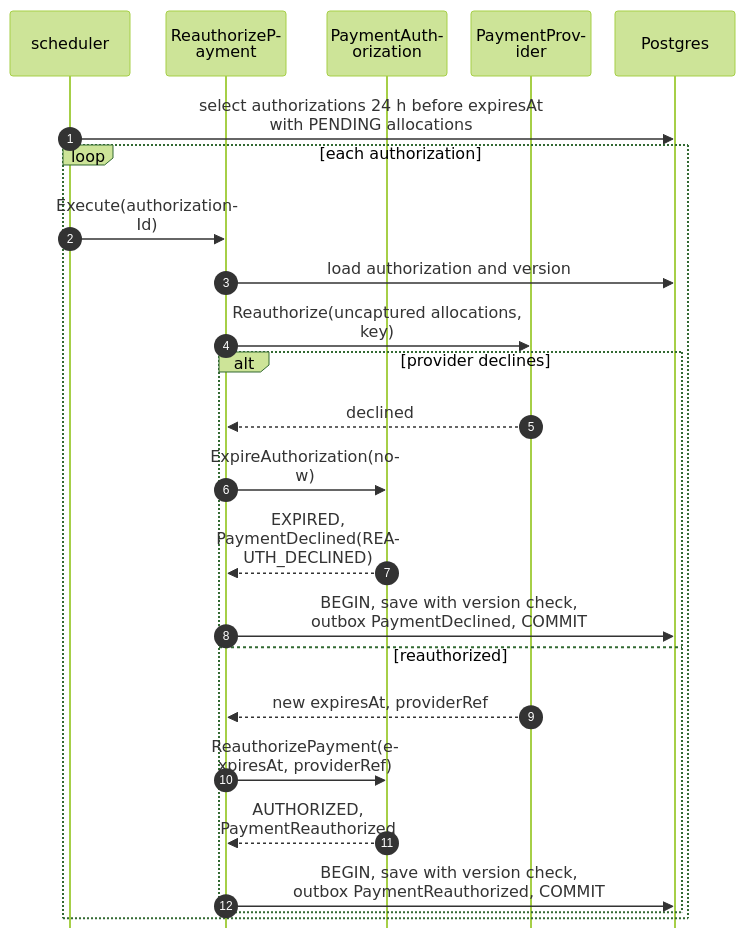
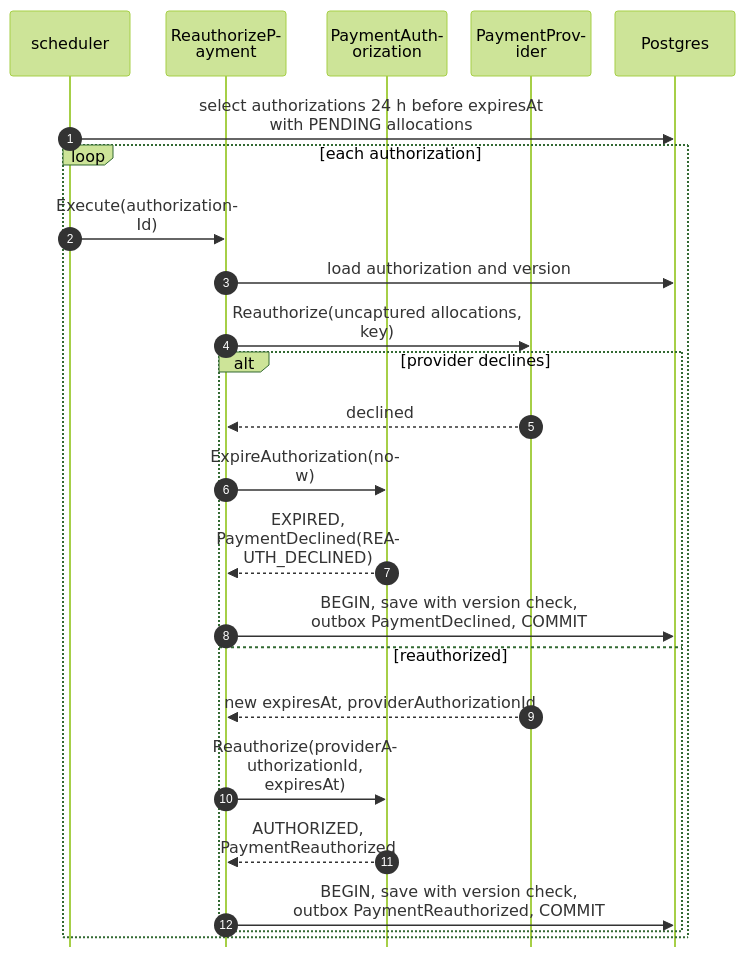
The seventh of 8 diagrams in storefront/docs/contexts/customer-payments/sequence-diagrams.md (IQVO/warehouse-docs), drawn with Mermaid (forest theme) before and after one commit. The commit also changed other lines of this file and 53 other files, not shown here.

Commit message:
docs(storefront): context packs as built - Service and operations on each index, event payloads/topics/dataschemas from develop, consumer-group env vars, Go packages, H8/H10 resolved; model+generator carry per-context analytics topic/dataschema

````diff
--- a/storefront/docs/contexts/customer-payments/sequence-diagrams.md
+++ b/storefront/docs/contexts/customer-payments/sequence-diagrams.md
@@ -347,27 +347,27 @@
 ```mermaid
 %%{init: {"sequence": {"wrap": true, "width": 120, "actorMargin": 24, "messageMargin": 28, "boxMargin": 6, "noteMargin": 6, "mirrorActors": false}}}%%
 sequenceDiagram
     autonumber
     participant S as scheduler
     participant UC as ReauthorizePayment
     participant A as PaymentAuthorization
     participant P as PaymentProvider
     participant DB as Postgres
     S->>DB: select authorizations 24 h before expiresAt<br/>with PENDING allocations
     loop each authorization
         S->>UC: Execute(authorizationId)
         UC->>DB: load authorization and version
         UC->>P: Reauthorize(uncaptured allocations, key)
         alt provider declines
             P-->>UC: declined
             UC->>A: ExpireAuthorization(now)
             A-->>UC: EXPIRED, PaymentDeclined(REAUTH_DECLINED)
             UC->>DB: BEGIN, save with version check,<br/>outbox PaymentDeclined, COMMIT
         else reauthorized
-            P-->>UC: new expiresAt, providerRef
-            UC->>A: ReauthorizePayment(expiresAt, providerRef)
+            P-->>UC: new expiresAt, providerAuthorizationId
+            UC->>A: Reauthorize(providerAuthorizationId, expiresAt)
             A-->>UC: AUTHORIZED, PaymentReauthorized
             UC->>DB: BEGIN, save with version check,<br/>outbox PaymentReauthorized, COMMIT
         end
     end
 ```
````
